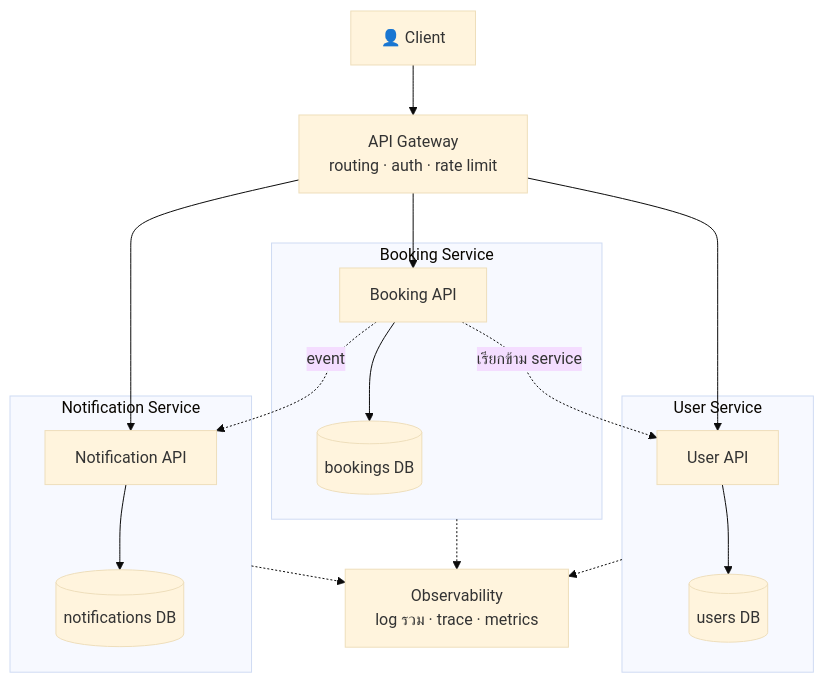
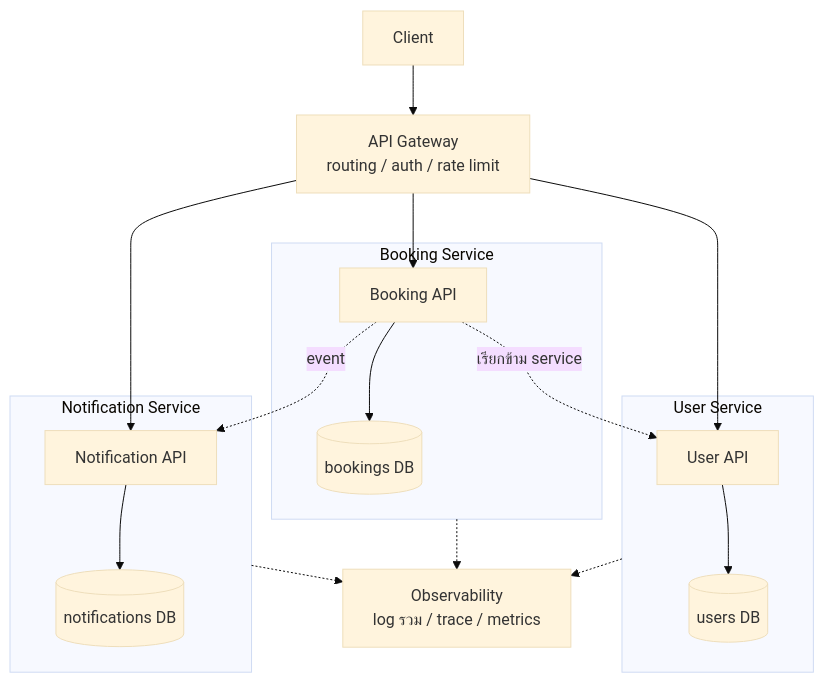
Diagram 13 of 25 in readings/04-system-architecture-design.md (CE-SDPX/SDPX-AI), drawn with Mermaid (base theme) before and after one commit. The commit also changed other lines of this file and 6 other files, not shown here.

````diff
--- a/readings/04-system-architecture-design.md
+++ b/readings/04-system-architecture-design.md
@@ -424,33 +423,33 @@
 ```mermaid
 flowchart TB
-    U["👤 Client"]
-    GW["API Gateway<br/>routing · auth · rate limit"]
+    U["Client"]
+    GW["API Gateway<br/>routing / auth / rate limit"]
 
     subgraph s1["Booking Service"]
         B["Booking API"]
         BDB[("bookings DB")]
     end
     subgraph s2["User Service"]
         US["User API"]
         UDB[("users DB")]
     end
     subgraph s3["Notification Service"]
         N["Notification API"]
         NDB[("notifications DB")]
     end
 
-    OBS["Observability<br/>log รวม · trace · metrics"]
+    OBS["Observability<br/>log รวม / trace / metrics"]
 
     U --> GW
     GW --> B
     GW --> US
     GW --> N
     B --> BDB
     US --> UDB
     N --> NDB
     B -.->|"เรียกข้าม service"| US
     B -.->|"event"| N
     s1 -.-> OBS
     s2 -.-> OBS
     s3 -.-> OBS
 ```
````
